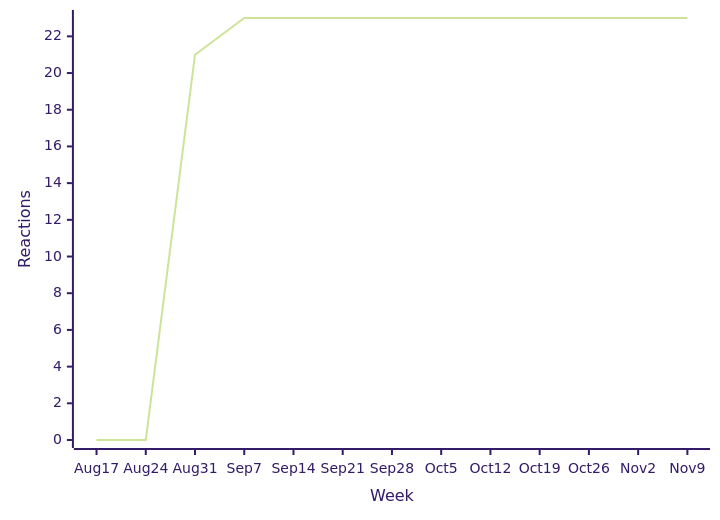
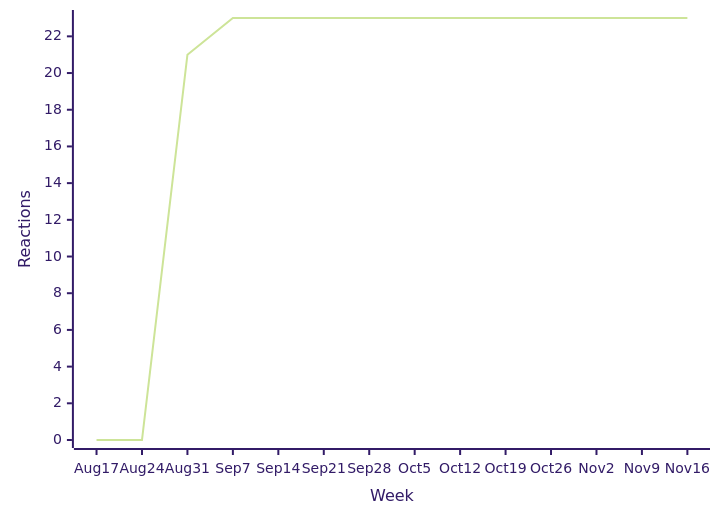
The third of 38 diagrams in README.md (loic-sharma/github-insights), drawn with Mermaid (forest theme) before and after one commit. The commit also changed other lines of this file and 3 other files, not shown here.

````diff
--- a/README.md
+++ b/README.md
@@ -358,6 +358,6 @@
   ```mermaid
   xychart-beta
-    x-axis "Week" [Aug 17, Aug 24, Aug 31, Sep 7, Sep 14, Sep 21, Sep 28, Oct 5, Oct 12, Oct 19, Oct 26, Nov 2, Nov 9]
+    x-axis "Week" [Aug 17, Aug 24, Aug 31, Sep 7, Sep 14, Sep 21, Sep 28, Oct 5, Oct 12, Oct 19, Oct 26, Nov 2, Nov 9, Nov 16]
     y-axis "Reactions"
-    line [0, 0, 21, 23, 23, 23, 23, 23, 23, 23, 23, 23, 23]
+    line [0, 0, 21, 23, 23, 23, 23, 23, 23, 23, 23, 23, 23, 23]
   ```
````
